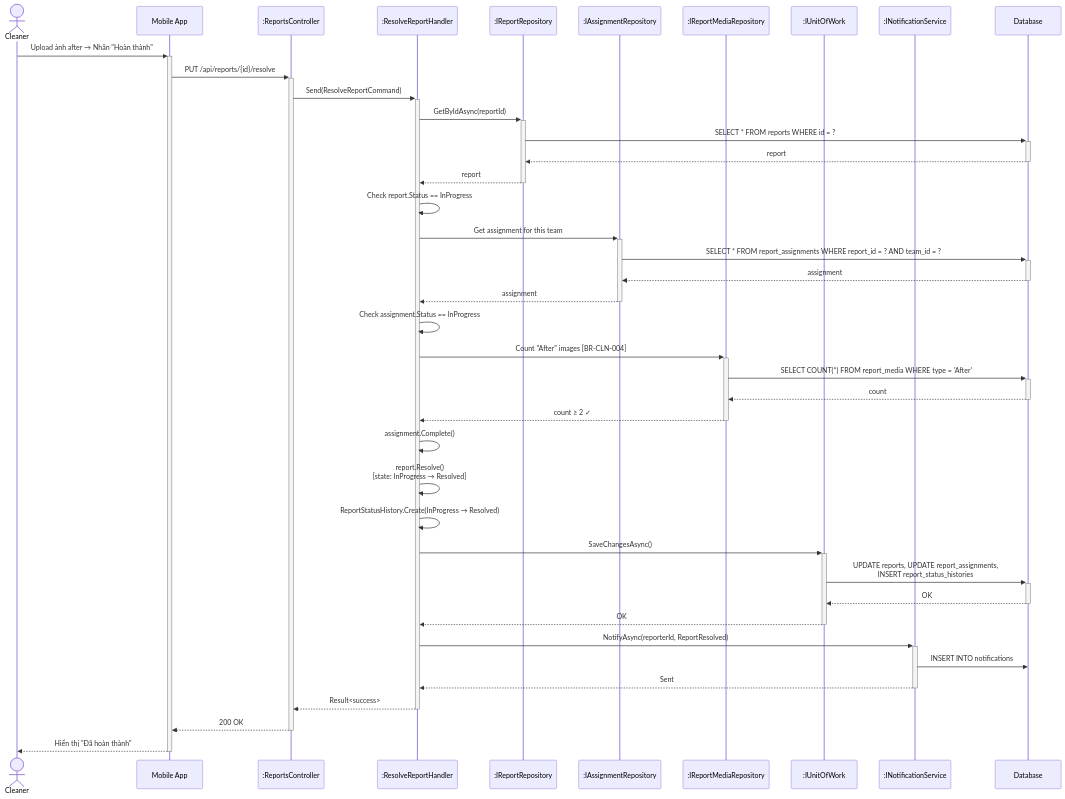
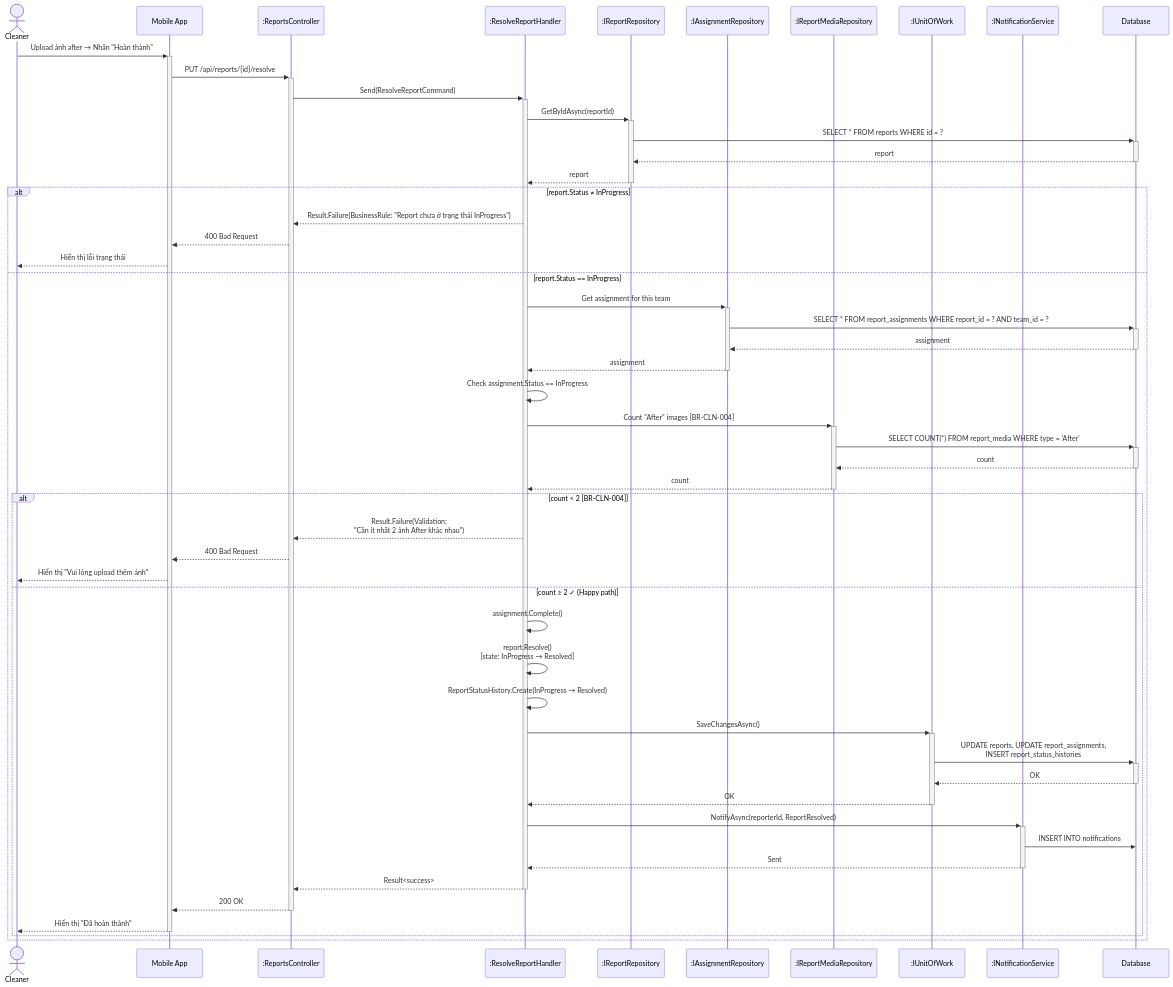
One commit to Capstonne-Project/greenlens-service changed the eighth of 25 diagrams in docs/BusinessRule/SEQUENCE_DIAGRAMS.md. Above: the diagram before and after it, drawn with Mermaid. The commit also changed other lines of this file, not shown here.

Commit message:
fix(docs): enhance bad case for sequence diagram

````diff
--- a/docs/BusinessRule/SEQUENCE_DIAGRAMS.md
+++ b/docs/BusinessRule/SEQUENCE_DIAGRAMS.md
@@ -468,51 +484,62 @@
 ```mermaid
 sequenceDiagram
     actor Cleaner
     participant App as Mobile App
     participant Ctrl as :ReportsController
     participant Hdl as :ResolveReportHandler
     participant RptRepo as :IReportRepository
     participant AsgRepo as :IAssignmentRepository
     participant MediaRepo as :IReportMediaRepository
     participant UoW as :IUnitOfWork
     participant Notif as :INotificationService
     participant DB as Database
 
     Cleaner->>+App: Upload ảnh after → Nhấn "Hoàn thành"
     App->>+Ctrl: PUT /api/reports/{id}/resolve
     Ctrl->>+Hdl: Send(ResolveReportCommand)
 
     Hdl->>+RptRepo: GetByIdAsync(reportId)
     RptRepo->>+DB: SELECT * FROM reports WHERE id = ?
     DB-->>-RptRepo: report
     RptRepo-->>-Hdl: report
-    Hdl->>Hdl: Check report.Status == InProgress
 
-    Hdl->>+AsgRepo: Get assignment for this team
-    AsgRepo->>+DB: SELECT * FROM report_assignments WHERE report_id = ? AND team_id = ?
-    DB-->>-AsgRepo: assignment
-    AsgRepo-->>-Hdl: assignment
-    Hdl->>Hdl: Check assignment.Status == InProgress
+    alt report.Status ≠ InProgress
+        Hdl-->>Ctrl: Result.Failure(BusinessRule: "Report chưa ở trạng thái InProgress")
+        Ctrl-->>App: 400 Bad Request
+        App-->>Cleaner: Hiển thị lỗi trạng thái
+    else report.Status == InProgress
+        Hdl->>+AsgRepo: Get assignment for this team
+        AsgRepo->>+DB: SELECT * FROM report_assignments WHERE report_id = ? AND team_id = ?
+        DB-->>-AsgRepo: assignment
+        AsgRepo-->>-Hdl: assignment
+        Hdl->>Hdl: Check assignment.Status == InProgress
 
-    Hdl->>+MediaRepo: Count "After" images [BR-CLN-004]
-    MediaRepo->>+DB: SELECT COUNT(*) FROM report_media WHERE type = 'After'
-    DB-->>-MediaRepo: count
-    MediaRepo-->>-Hdl: count ≥ 2 ✓
+        Hdl->>+MediaRepo: Count "After" images [BR-CLN-004]
+        MediaRepo->>+DB: SELECT COUNT(*) FROM report_media WHERE type = 'After'
+        DB-->>-MediaRepo: count
+        MediaRepo-->>-Hdl: count
 
-    Hdl->>Hdl: assignment.Complete()
-    Hdl->>Hdl: report.Resolve()<br/>[state: InProgress → Resolved]
-    Hdl->>Hdl: ReportStatusHistory.Create(InProgress → Resolved)
+        alt count < 2 [BR-CLN-004]
+            Hdl-->>Ctrl: Result.Failure(Validation:<br/>"Cần ít nhất 2 ảnh After khác nhau")
+            Ctrl-->>App: 400 Bad Request
+            App-->>Cleaner: Hiển thị "Vui lòng upload thêm ảnh"
+        else count ≥ 2 ✓ (Happy path)
+            Hdl->>Hdl: assignment.Complete()
+            Hdl->>Hdl: report.Resolve()<br/>[state: InProgress → Resolved]
+            Hdl->>Hdl: ReportStatusHistory.Create(InProgress → Resolved)
 
-    Hdl->>+UoW: SaveChangesAsync()
-    UoW->>+DB: UPDATE reports, UPDATE report_assignments,<br/>INSERT report_status_histories
-    DB-->>-UoW: OK
-    UoW-->>-Hdl: OK
+            Hdl->>+UoW: SaveChangesAsync()
+            UoW->>+DB: UPDATE reports, UPDATE report_assignments,<br/>INSERT report_status_histories
+            DB-->>-UoW: OK
+            UoW-->>-Hdl: OK
 
-    Hdl->>+Notif: NotifyAsync(reporterId, ReportResolved)
-    Notif->>DB: INSERT INTO notifications
-    Notif-->>-Hdl: Sent
+            Hdl->>+Notif: NotifyAsync(reporterId, ReportResolved)
+            Notif->>DB: INSERT INTO notifications
+            Notif-->>-Hdl: Sent
 
-    Hdl-->>-Ctrl: Result<success>
-    Ctrl-->>-App: 200 OK
-    App-->>-Cleaner: Hiển thị "Đã hoàn thành"
+            Hdl-->>-Ctrl: Result<success>
+            Ctrl-->>-App: 200 OK
+            App-->>-Cleaner: Hiển thị "Đã hoàn thành"
+        end
+    end
 ```
````
